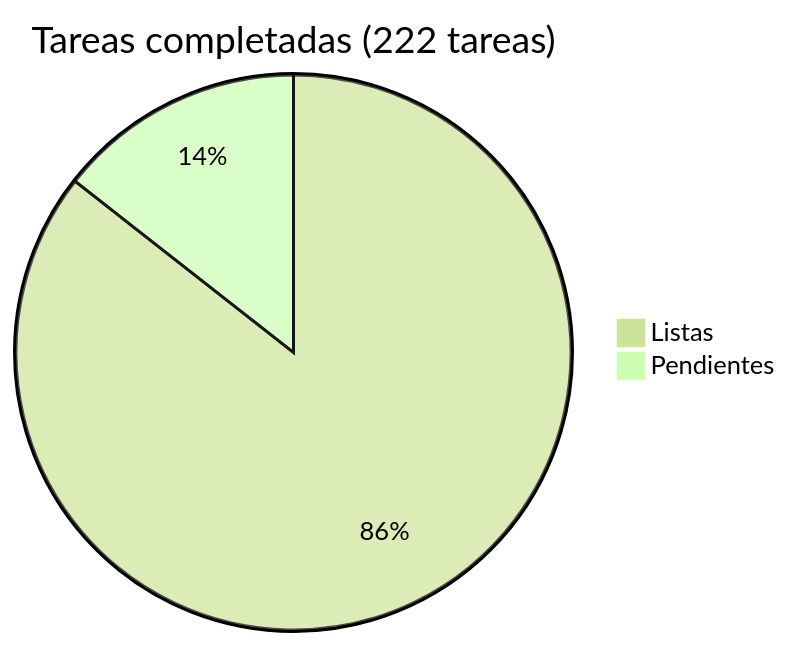
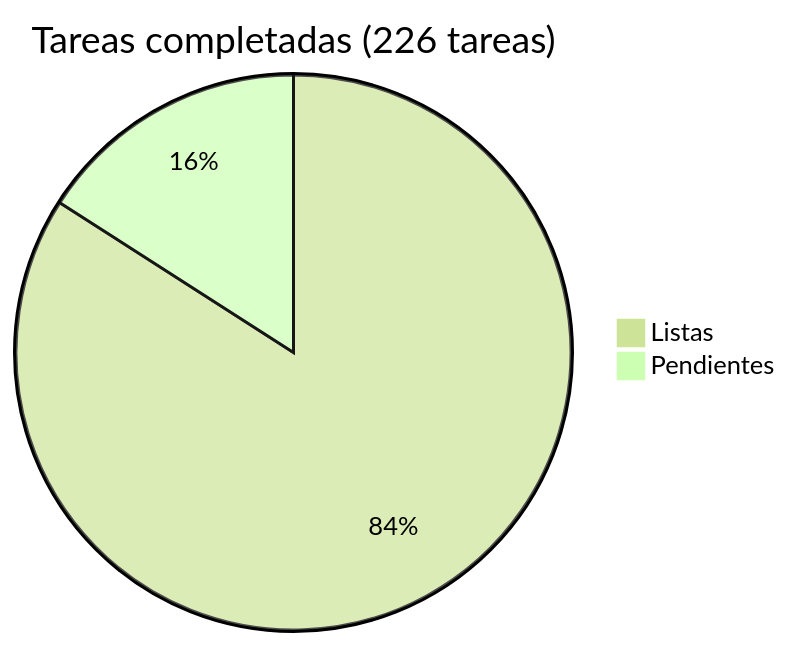
Before and after one commit to araguaney-lat/araguaney: the diagram in docs/roadmap/README.md, drawn with Mermaid (forest theme). The commit also changed other lines of this file and 1 other file, not shown here.

Commit message:
docs: add 2nd-pass security findings to Phase 10 (N-1 to N-4)
Second validation pass found 4 additional items:
- N-1 HIGH: frontend has zero security headers (CSP/X-Frame-Options/HSTS)
- N-2 MEDIUM: login timing oracle enables user enumeration
- N-3 MEDIUM: StrictModel lacks extra=forbid (no mass-assignment guard)
- N-4 LOW: register endpoint has no password strength validation

Phase 10 now 20 tasks (2 CRITICAL, 7 HIGH, 7 MEDIUM, 4 LOW). Verified OK:
register no priv-esc, transfer authz, pinned deps, Turnstile fail-closed,
state machine guards, no sensitive logging, reset token entropy.

````diff
--- a/docs/roadmap/README.md
+++ b/docs/roadmap/README.md
@@ -5,5 +5,5 @@
 ```mermaid
-pie title Tareas completadas (222 tareas)
+pie title Tareas completadas (226 tareas)
     "Listas" : 190
-    "Pendientes" : 32
+    "Pendientes" : 36
 ```
````
